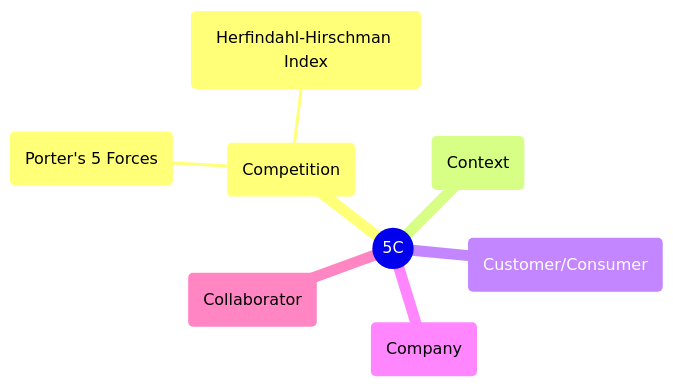
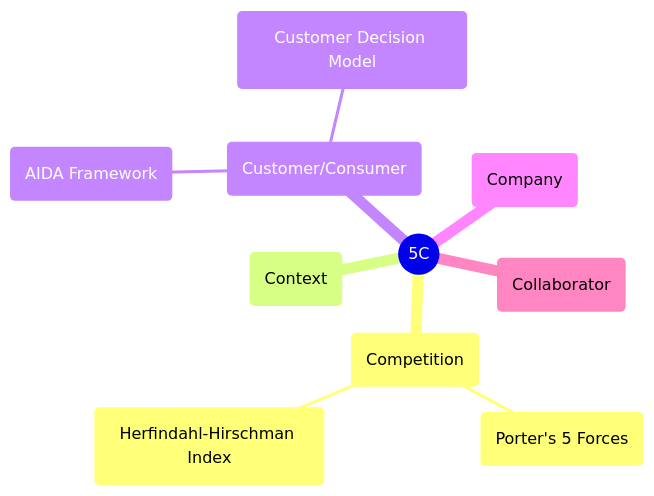
One commit to manasm11/blog.manas-mishra.com changed the second of 3 diagrams in content/business/marketing/_index.md. Above: the diagram before and after it, drawn with Mermaid. The commit also changed other lines of this file, not shown here.

Commit message:
Completed AIDA, started CDM

````diff
--- a/content/business/marketing/_index.md
+++ b/content/business/marketing/_index.md
@@ -103,11 +103,13 @@
 ```mermaid
 mindmap
     5C((5C))
         COMPETITION(Competition)
             PORTERS5FORCES(Porter's 5 Forces)
             HHI(Herfindahl-Hirschman Index)
         CONTEXT(Context)
         CUSTOMER(Customer/Consumer)
+            AIDA(AIDA Framework)
+            CDM(Customer Decision Model)
         COMPANY(Company)
         COLLABORATOR(Collaborator)
 ```
````
